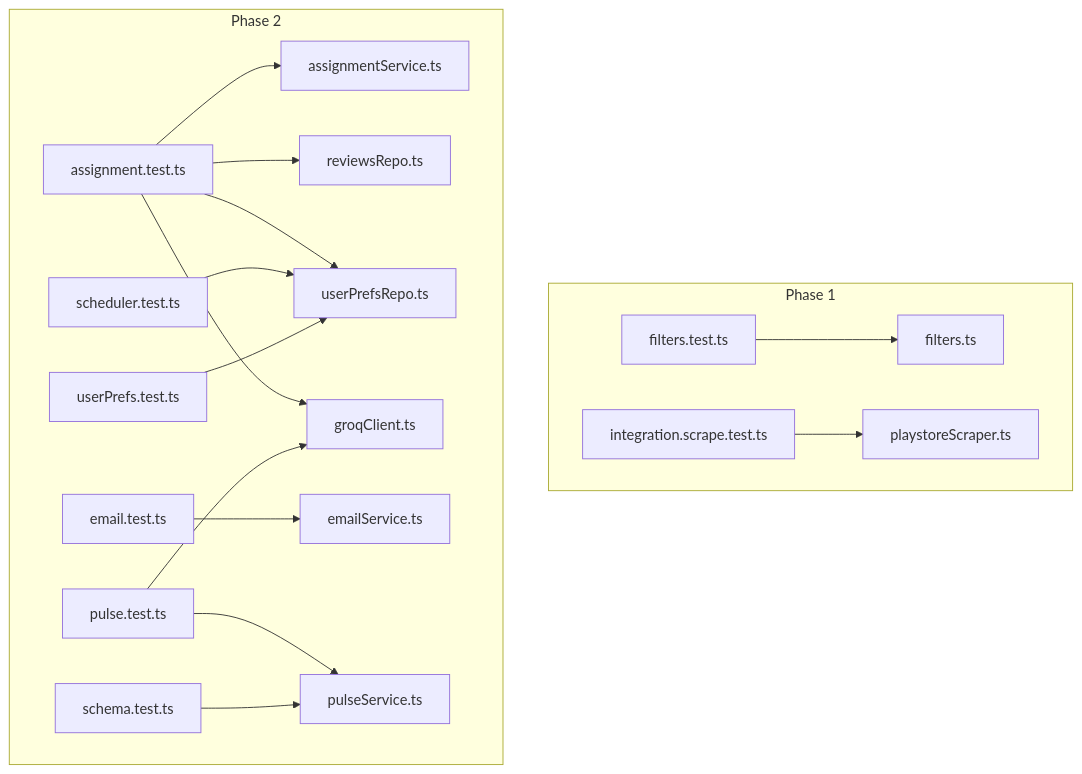
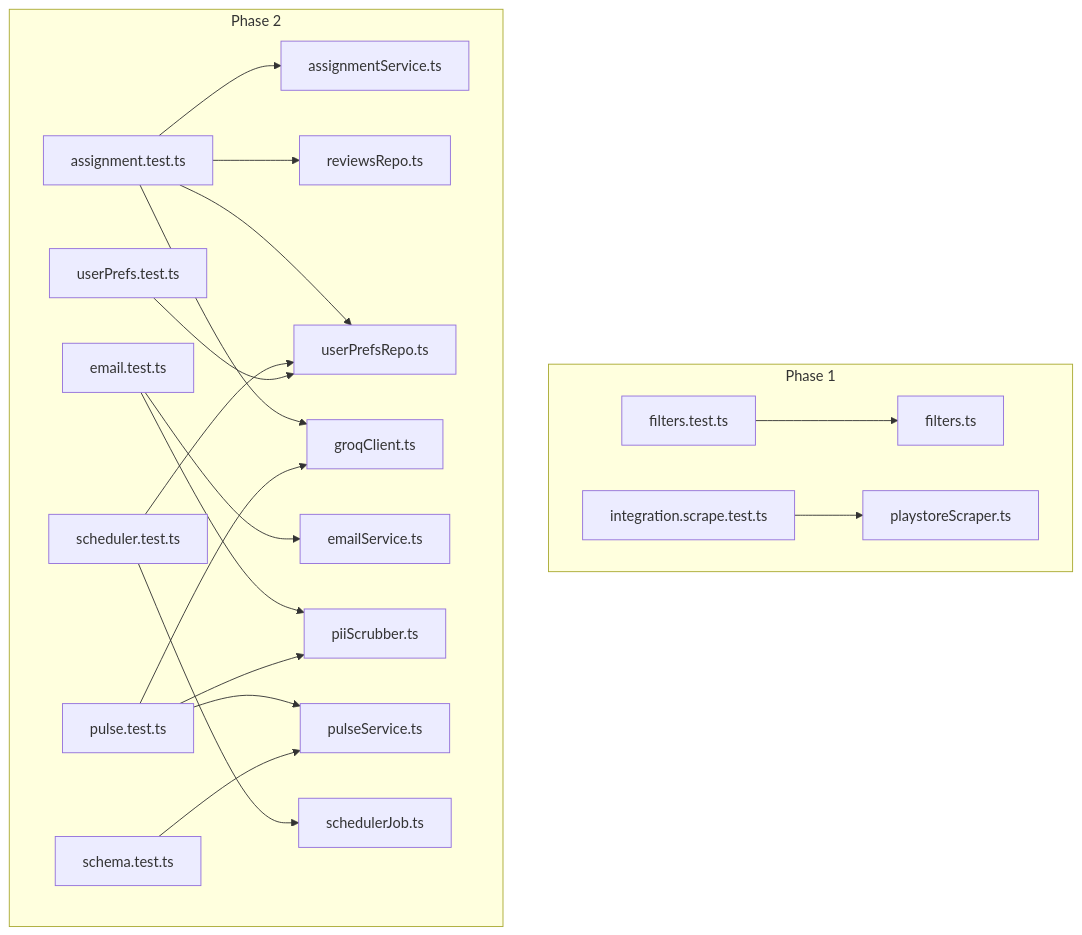
Before and after one commit to aravinthraj-ramalingam/Groww-App-Review-Insights-Analyzer-: the first of 11 diagrams in .qoder/repowiki/en/content/Testing Strategy.md, drawn with Mermaid. The commit also changed other lines of this file and 11 other files, not shown here.

````diff
--- a/.qoder/repowiki/en/content/Testing Strategy.md
+++ b/.qoder/repowiki/en/content/Testing Strategy.md
@@ -51,35 +65,40 @@
 ```mermaid
 graph TB
 subgraph "Phase 1"
 FTS["filters.test.ts"]
 IST["integration.scrape.test.ts"]
 FIL["filters.ts"]
 SCR["playstoreScraper.ts"]
 end
 subgraph "Phase 2"
 ATS["assignment.test.ts"]
 ETS["email.test.ts"]
 PTS["pulse.test.ts"]
 STS["scheduler.test.ts"]
 UTS["userPrefs.test.ts"]
 SCHEMA["schema.test.ts"]
 ASS["assignmentService.ts"]
 EMS["emailService.ts"]
 PLS["pulseService.ts"]
 UPR["userPrefsRepo.ts"]
 RVS["reviewsRepo.ts"]
 GROQ["groqClient.ts"]
+SJ["schedulerJob.ts"]
+PS["piiScrubber.ts"]
 end
 FTS --> FIL
 IST --> SCR
 ATS --> ASS
 ATS --> RVS
 ATS --> UPR
 ATS --> GROQ
 ETS --> EMS
+ETS --> PS
 PTS --> PLS
 PTS --> GROQ
+PTS --> PS
+STS --> SJ
 STS --> UPR
 UTS --> UPR
 SCHEMA --> PLS
 ```
````
